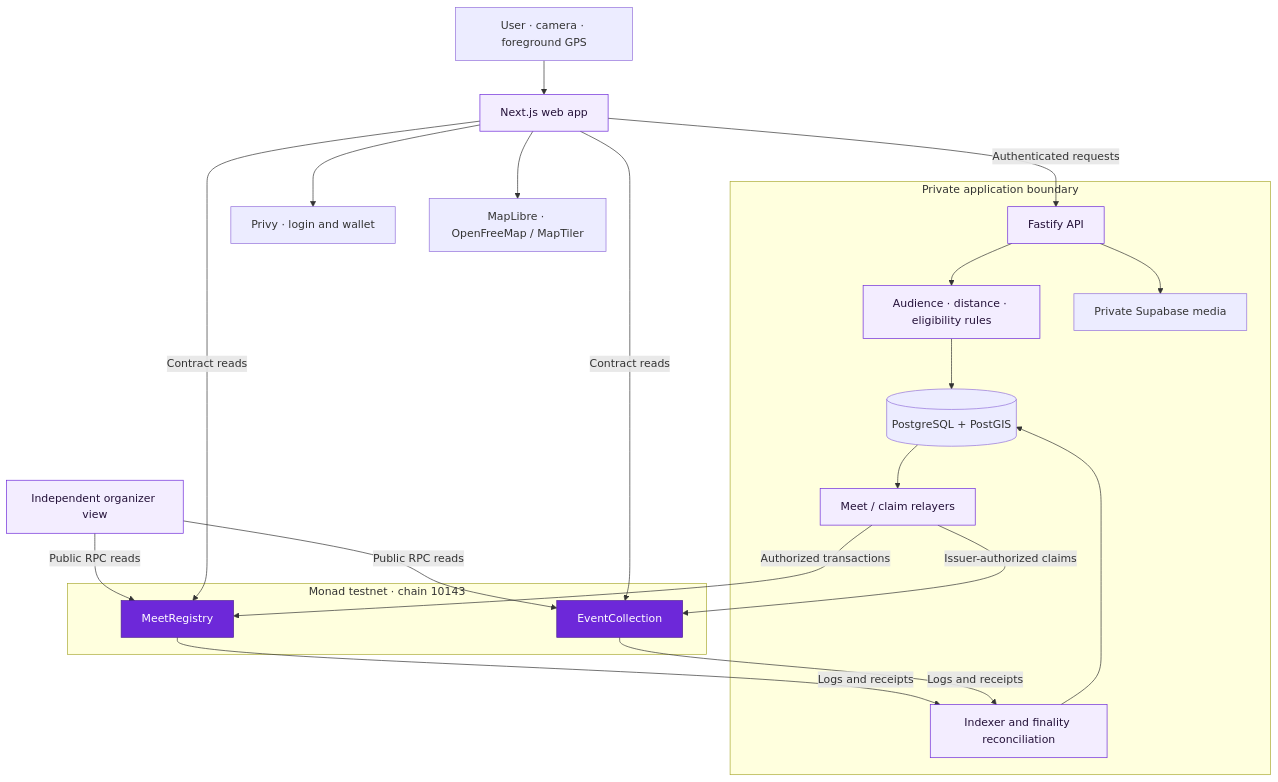
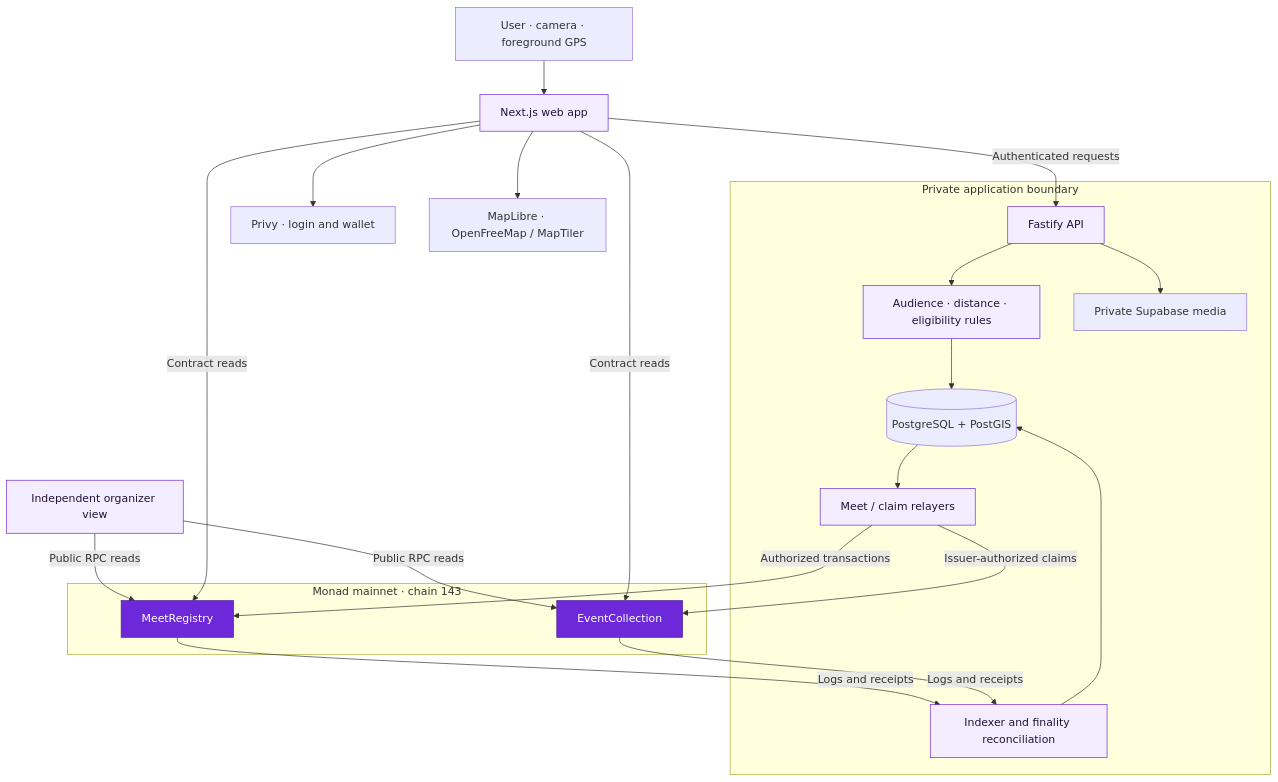
Before and after one commit to kuchikamizake05/Mootz: the first of 3 diagrams in README.md, drawn with Mermaid. The commit also changed other lines of this file, not shown here.

Commit message:
docs: update README for Monad mainnet

````diff
--- a/README.md
+++ b/README.md
@@ -93,31 +103,31 @@
 ```mermaid
 flowchart TB
     User["User · camera · foreground GPS"] --> Web["Next.js web app"]
     Web --> Auth["Privy · login and wallet"]
     Web --> Maps["MapLibre · OpenFreeMap / MapTiler"]
     Web -->|Authenticated requests| API["Fastify API"]
     subgraph Private["Private application boundary"]
         API --> Rules["Audience · distance · eligibility rules"]
         Rules --> DB[("PostgreSQL + PostGIS")]
         API --> Media["Private Supabase media"]
         DB --> Workers["Meet / claim relayers"]
         Sync["Indexer and finality reconciliation"] --> DB
     end
     Workers -->|Authorized transactions| Registry["MeetRegistry"]
     Workers -->|Issuer-authorized claims| Collection["EventCollection"]
-    subgraph Monad["Monad testnet · chain 10143"]
+    subgraph Monad["Monad mainnet · chain 143"]
         Registry
         Collection
     end
     Registry -->|Logs and receipts| Sync
     Collection -->|Logs and receipts| Sync
     Organizer["Independent organizer view"] -->|Public RPC reads| Registry
     Organizer -->|Public RPC reads| Collection
     Web -->|Contract reads| Registry
     Web -->|Contract reads| Collection
 
     classDef app fill:#F3EDFF,stroke:#6D28D9,color:#241139
     classDef chain fill:#6D28D9,stroke:#4C1D95,color:#FFFFFF
     class Web,API,Rules,Workers,Sync,Organizer app
     class Registry,Collection chain
 ```
````
